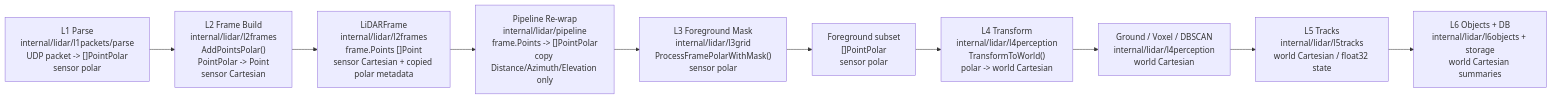
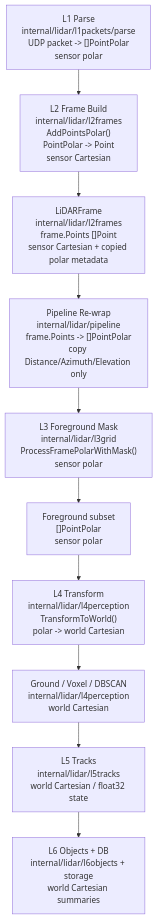
One commit to banshee-data/velocity.report changed the first of 2 diagrams in docs/lidar/architecture/20260311-coordinate-flow-audit.md. Above: the diagram before and after it, drawn with Mermaid. The commit also changed other lines of this file and 10 other files, not shown here.

````diff
--- a/docs/lidar/architecture/20260311-coordinate-flow-audit.md
+++ b/docs/lidar/architecture/20260311-coordinate-flow-audit.md
@@ -35,12 +35,12 @@
 ```mermaid
-flowchart LR
+flowchart TD
     A["L1 Parse\ninternal/lidar/l1packets/parse\nUDP packet -> []PointPolar\nsensor polar"] --> B["L2 Frame Build\ninternal/lidar/l2frames\nAddPointsPolar()\nPointPolar -> Point\nsensor Cartesian"]
     B --> C["LiDARFrame\ninternal/lidar/l2frames\nframe.Points []Point\nsensor Cartesian + copied polar metadata"]
     C --> D["Pipeline Re-wrap\ninternal/lidar/pipeline\nframe.Points -> []PointPolar\ncopy Distance/Azimuth/Elevation only"]
     D --> E["L3 Foreground Mask\ninternal/lidar/l3grid\nProcessFramePolarWithMask()\nsensor polar"]
     E --> F["Foreground subset\n[]PointPolar\nsensor polar"]
     F --> G["L4 Transform\ninternal/lidar/l4perception\nTransformToWorld()\npolar -> world Cartesian"]
     G --> H["Ground / Voxel / DBSCAN\ninternal/lidar/l4perception\nworld Cartesian"]
     H --> I["L5 Tracks\ninternal/lidar/l5tracks\nworld Cartesian / float32 state"]
     I --> J["L6 Objects + DB\ninternal/lidar/l6objects + storage\nworld Cartesian summaries"]
 ```
````
